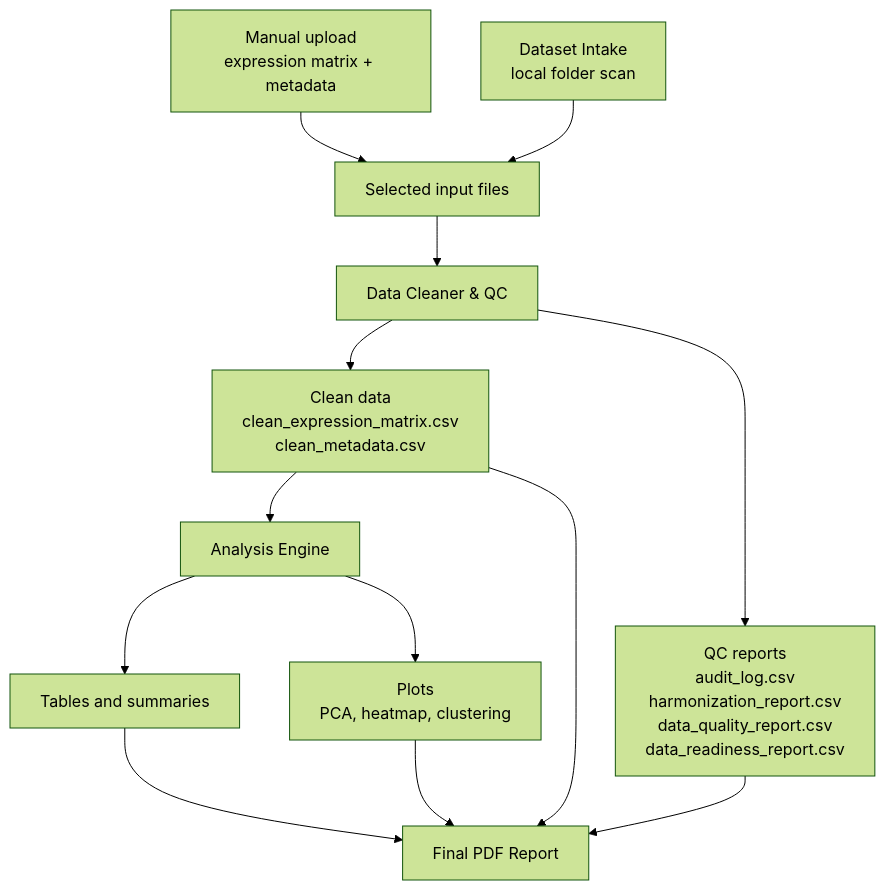
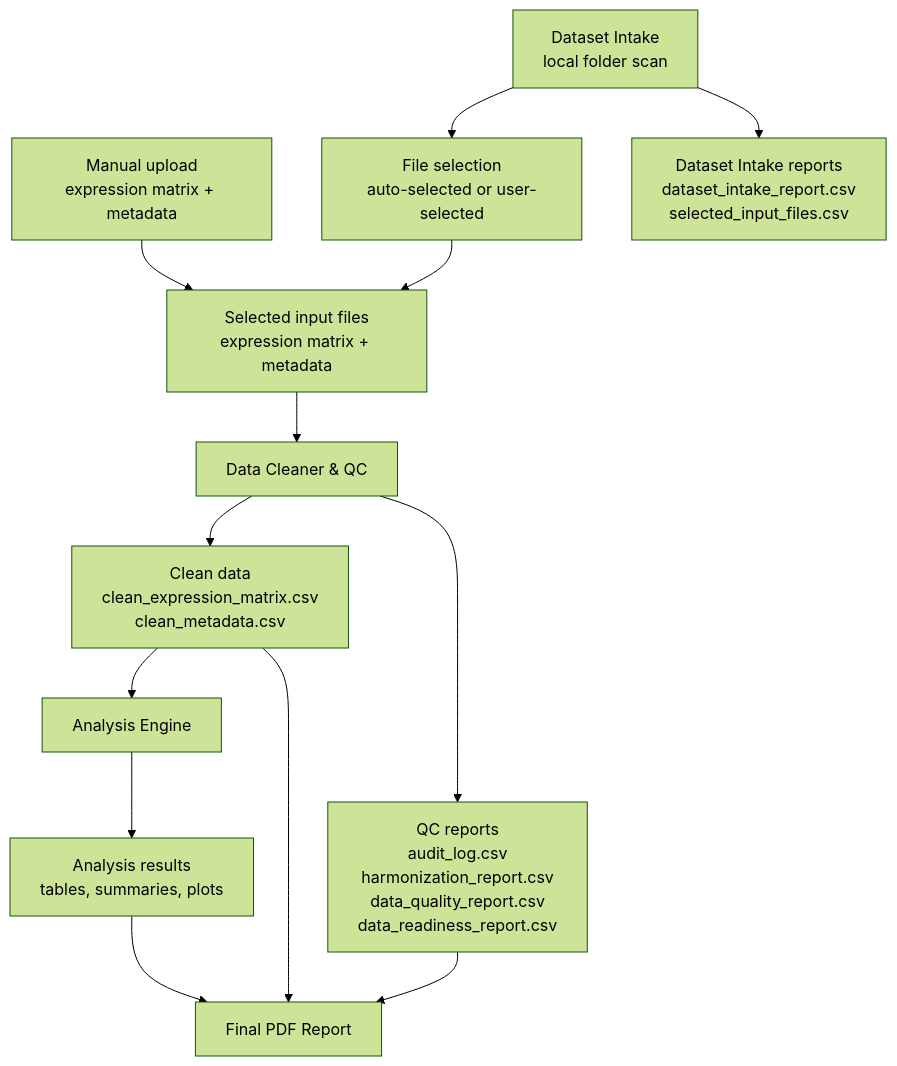
One commit to AliSta12/transcriptomic-data-qc-analysis-framework changed the diagram in README.md. Above: the diagram before and after it, drawn with Mermaid (forest theme).

Commit message:
Update README for final project submission

````diff
--- a/README.md
+++ b/README.md
@@ -73,15 +73,21 @@
 ```mermaid
 flowchart TD
-    A["Manual upload<br/>expression matrix + metadata"] --> C["Selected input files"]
-    B["Dataset Intake<br/>local folder scan"] --> C
-    C --> D["Data Cleaner & QC"]
-    D --> E["Clean data<br/>clean_expression_matrix.csv<br/>clean_metadata.csv"]
-    D --> F["QC reports<br/>audit_log.csv<br/>harmonization_report.csv<br/>data_quality_report.csv<br/>data_readiness_report.csv"]
-    E --> G["Analysis Engine"]
-    G --> H["Tables and summaries"]
-    G --> I["Plots<br/>PCA, heatmap, clustering"]
-    E --> J["Final PDF Report"]
-    F --> J
-    H --> J
-    I --> J
+    A["Manual upload<br/>expression matrix + metadata"] --> D["Selected input files<br/>expression matrix + metadata"]
+
+    B["Dataset Intake<br/>local folder scan"] --> C["File selection<br/>auto-selected or user-selected"]
+    B --> R1["Dataset Intake reports<br/>dataset_intake_report.csv<br/>selected_input_files.csv"]
+
+    C --> D
+
+    D --> E["Data Cleaner & QC"]
+
+    E --> F["Clean data<br/>clean_expression_matrix.csv<br/>clean_metadata.csv"]
+    E --> R2["QC reports<br/>audit_log.csv<br/>harmonization_report.csv<br/>data_quality_report.csv<br/>data_readiness_report.csv"]
+
+    F --> G["Analysis Engine"]
+    G --> H["Analysis results<br/>tables, summaries, plots"]
+
+    F --> I["Final PDF Report"]
+    R2 --> I
+    H --> I
 ```
````
